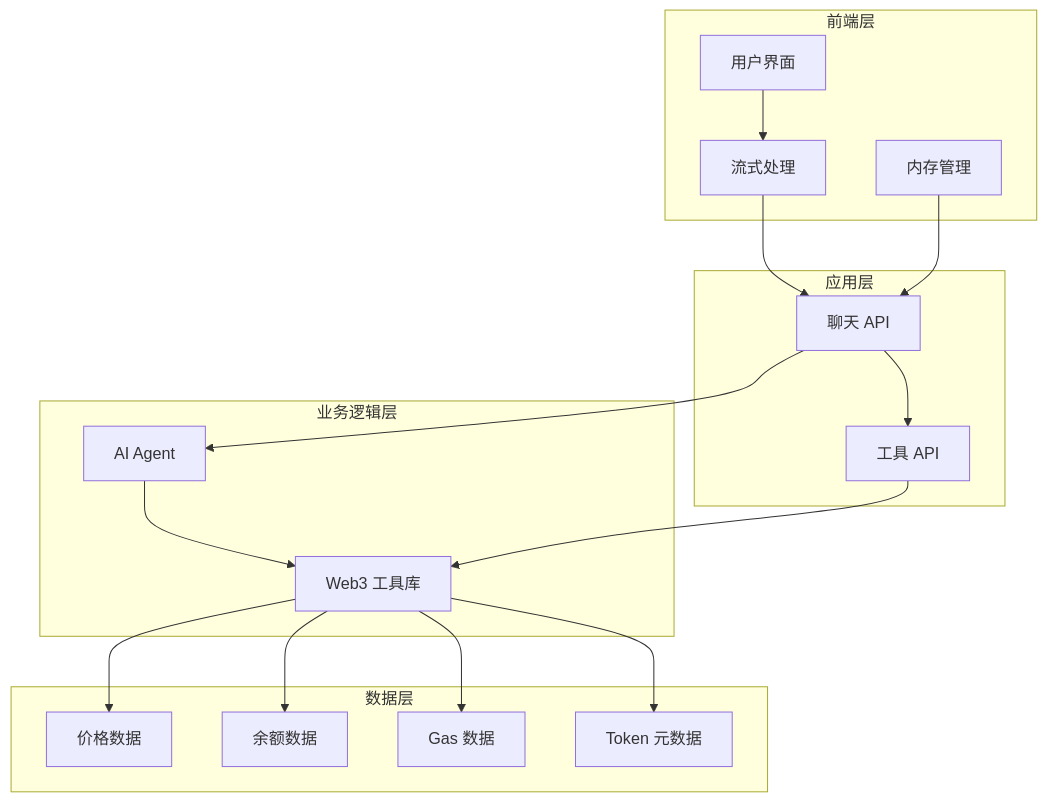
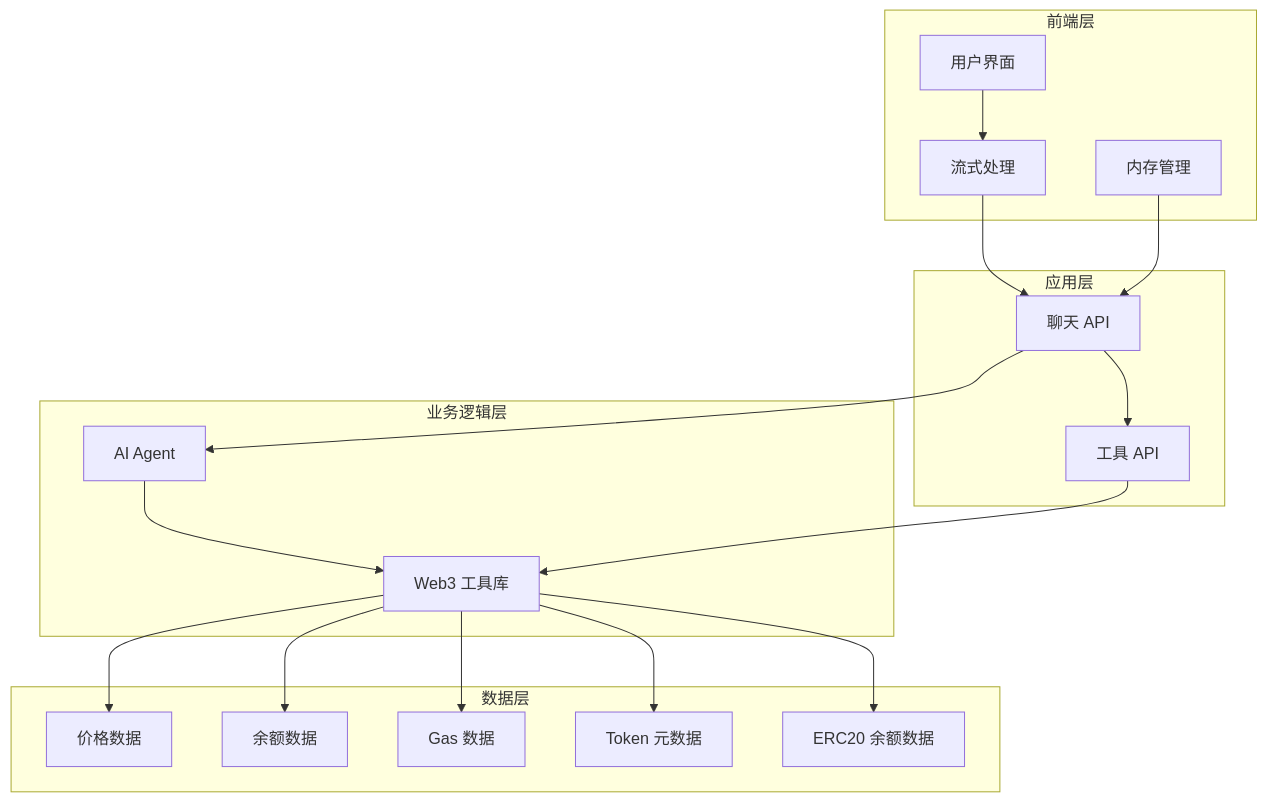
One commit to CryptoLinxu/Web3-AI-Agent changed the second of 11 diagrams in .qoder/repowiki/zh/content/Web3工具集成/核心Web3工具实现/Token信息查询工具.md. Above: the diagram before and after it, drawn with Mermaid. The commit also changed other lines of this file and 43 other files, not shown here.

````diff
--- a/.qoder/repowiki/zh/content/Web3工具集成/核心Web3工具实现/Token信息查询工具.md
+++ b/.qoder/repowiki/zh/content/Web3工具集成/核心Web3工具实现/Token信息查询工具.md
@@ -126,33 +150,35 @@
 ```mermaid
 graph TB
 subgraph "前端层"
 UI[用户界面]
 STREAM[流式处理]
 MEMORY[内存管理]
 end
 subgraph "应用层"
 CHAT[聊天 API]
 TOOLS[工具 API]
 end
 subgraph "业务逻辑层"
 AGENT[AI Agent]
 TOOLS_LIB[Web3 工具库]
 end
 subgraph "数据层"
 PRICES[价格数据]
 BALANCES[余额数据]
 GAS[Gas 数据]
 TOKENS[Token 元数据]
+ERC20_BALANCES[ERC20 余额数据]
 end
 UI --> STREAM
 STREAM --> CHAT
 CHAT --> AGENT
 AGENT --> TOOLS_LIB
 TOOLS_LIB --> PRICES
 TOOLS_LIB --> BALANCES
 TOOLS_LIB --> GAS
 TOOLS_LIB --> TOKENS
+TOOLS_LIB --> ERC20_BALANCES
 CHAT --> TOOLS
 TOOLS --> TOOLS_LIB
 MEMORY --> CHAT
 ```
````
